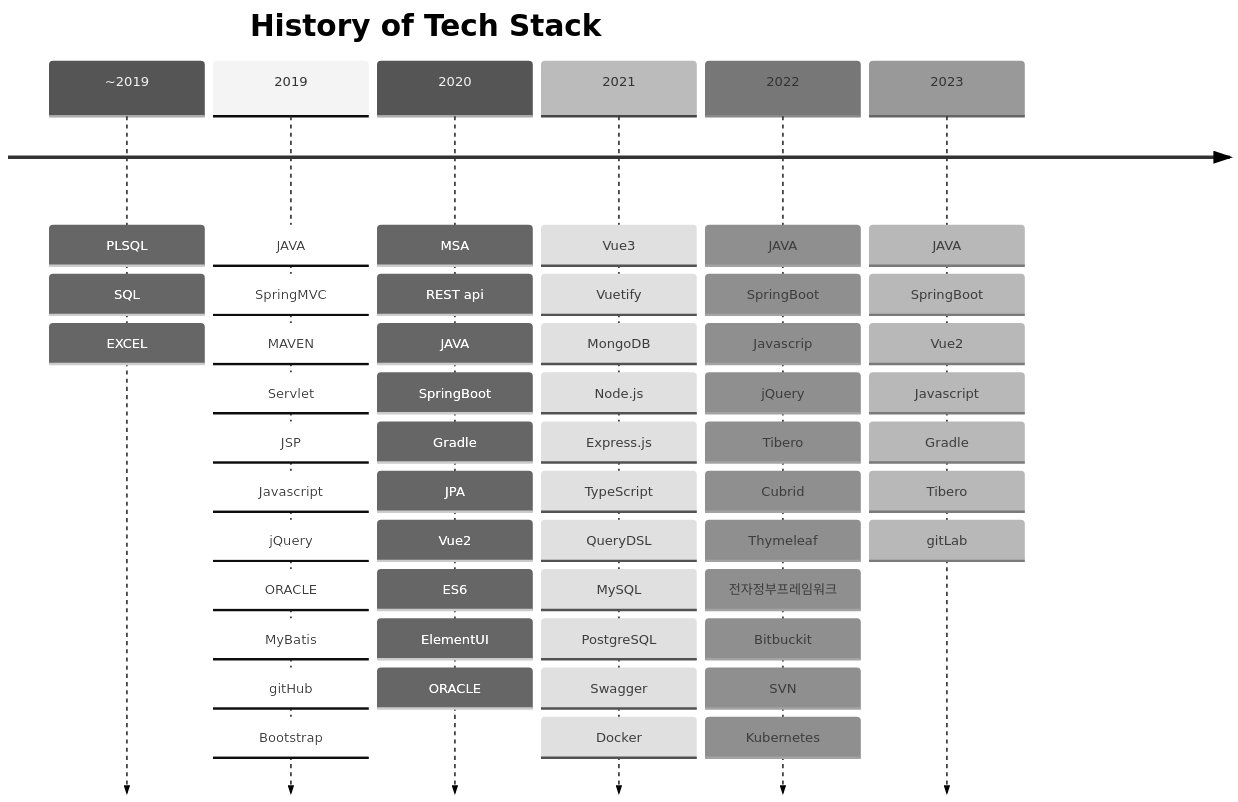
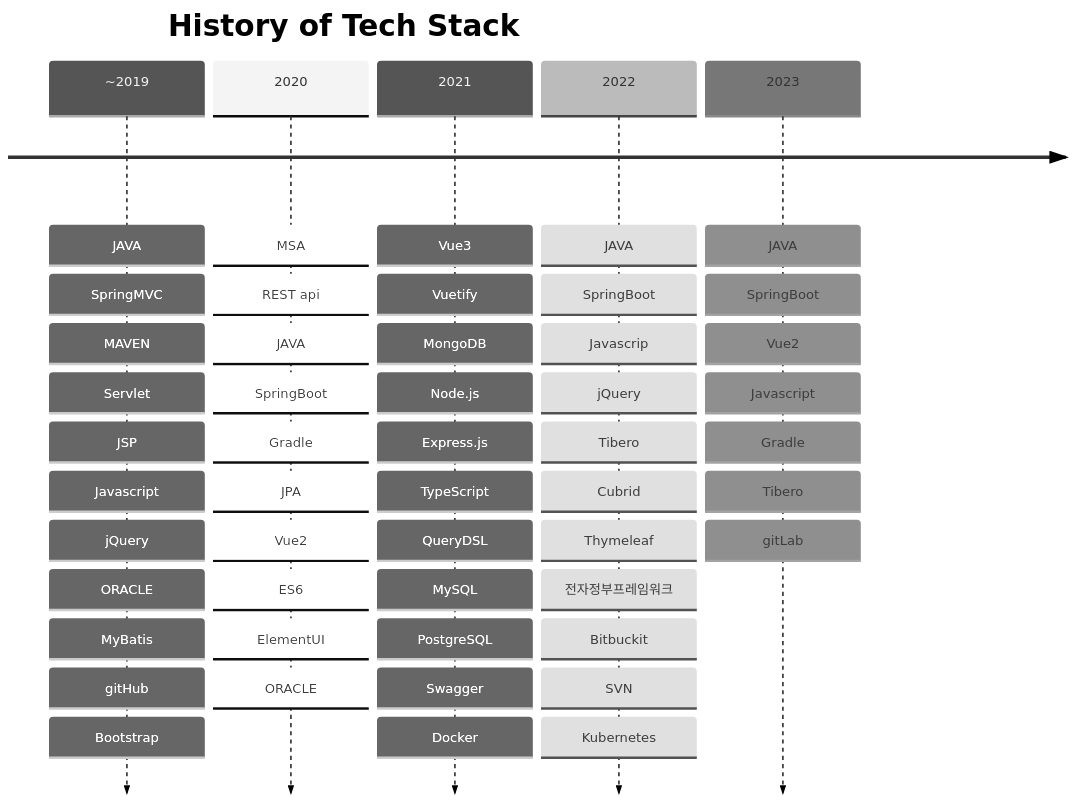
The diagram in README.md (ABarthDew/ABarthDew), drawn with Mermaid (neutral theme) before and after one commit.

````diff
--- a/README.md
+++ b/README.md
@@ -6,10 +6,9 @@
 ```mermaid
 timeline
     title History of Tech Stack
-    ~2019 : PLSQL : SQL : EXCEL
-    2019 : JAVA : SpringMVC : MAVEN : Servlet : JSP : Javascript : jQuery : ORACLE : MyBatis : gitHub : Bootstrap
+    ~2019 : JAVA : SpringMVC : MAVEN : Servlet : JSP : Javascript : jQuery : ORACLE : MyBatis : gitHub : Bootstrap
     2020 : MSA : REST api : JAVA : SpringBoot : Gradle : JPA : Vue2 : ES6 : ElementUI : ORACLE
     2021 : Vue3 : Vuetify : MongoDB : Node.js : Express.js : TypeScript : QueryDSL : MySQL : PostgreSQL : Swagger : Docker
     2022 : JAVA : SpringBoot : Javascrip : jQuery : Tibero : Cubrid : Thymeleaf : 전자정부프레임워크 : Bitbuckit : SVN : Kubernetes
     2023 : JAVA : SpringBoot : Vue2 : Javascript : Gradle : Tibero : gitLab
 ```
````
